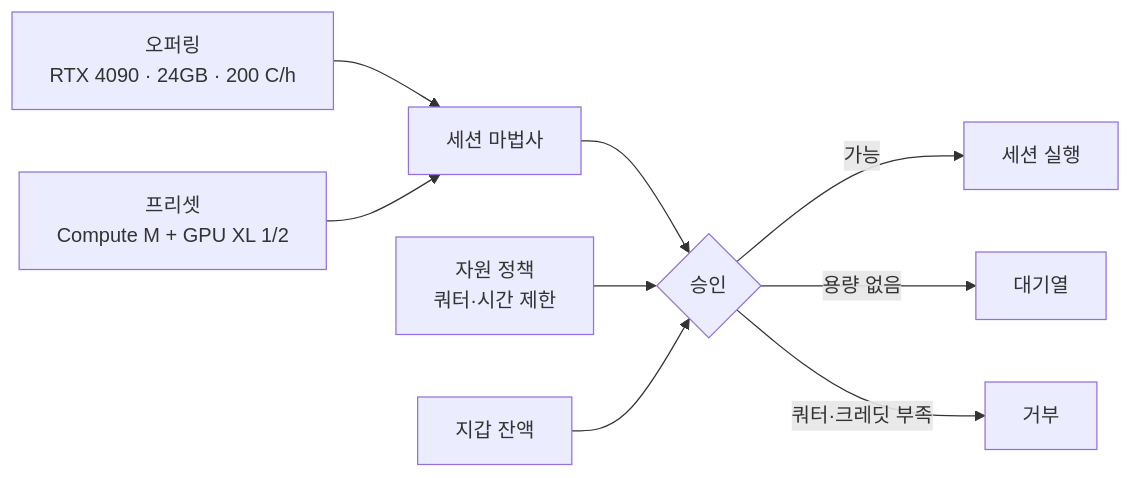
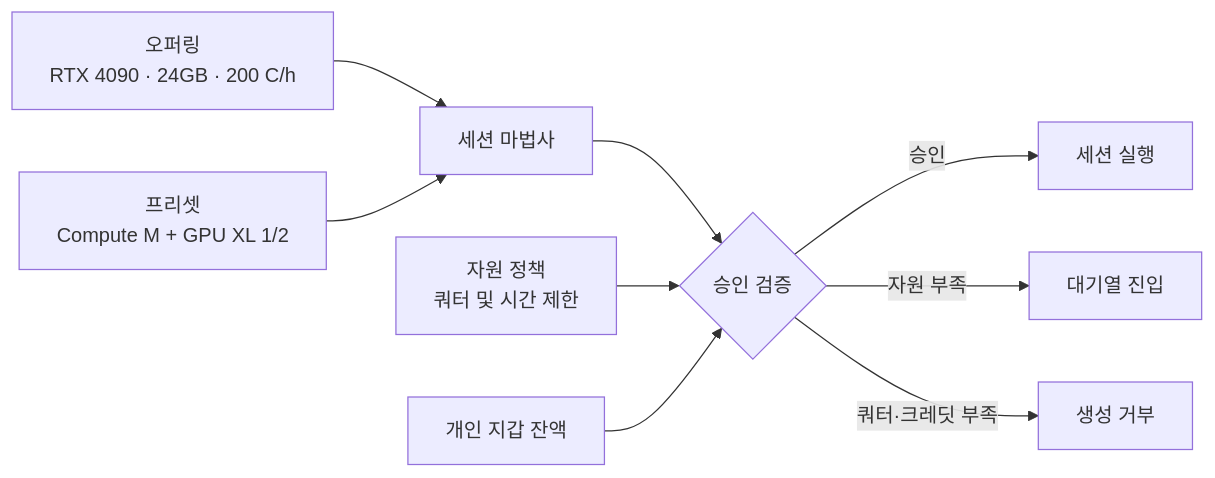
Before and after one commit to Mkpong/gShare: the diagram in website/i18n/ko/docusaurus-plugin-content-docs/current/admin/resources.md, drawn with Mermaid. The commit also changed other lines of this file and 227 other files, not shown here.

````diff
--- a/website/i18n/ko/docusaurus-plugin-content-docs/current/admin/resources.md
+++ b/website/i18n/ko/docusaurus-plugin-content-docs/current/admin/resources.md
@@ -20,11 +21,11 @@
 ```mermaid
 flowchart LR
     O[오퍼링<br/>RTX 4090 · 24GB · 200 C/h] --> W[세션 마법사]
     P[프리셋<br/>Compute M + GPU XL 1/2] --> W
-    W --> A{승인}
-    RP[자원 정책<br/>쿼터·시간 제한] --> A
-    B[지갑 잔액] --> A
-    A -->|가능| R[세션 실행]
-    A -->|용량 없음| Q[대기열]
-    A -->|쿼터·크레딧 부족| X[거부]
+    W --> A{승인 검증}
+    RP[자원 정책<br/>쿼터 및 시간 제한] --> A
+    B[개인 지갑 잔액] --> A
+    A -->|승인| R[세션 실행]
+    A -->|자원 부족| Q[대기열 진입]
+    A -->|쿼터·크레딧 부족| X[생성 거부]
 ```
````
